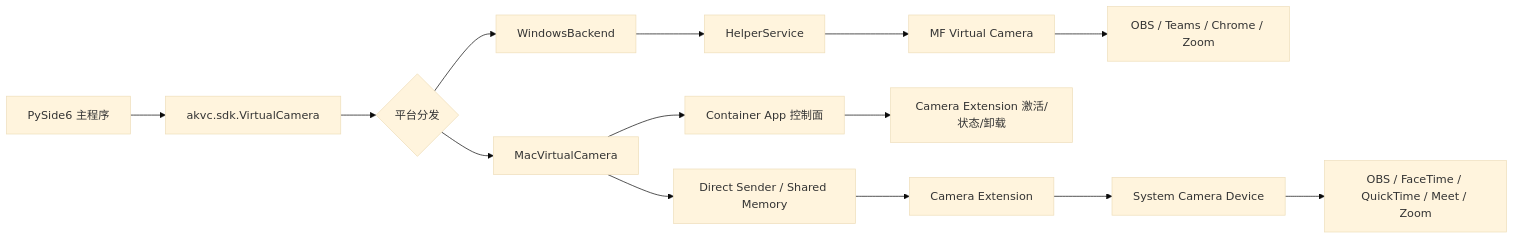
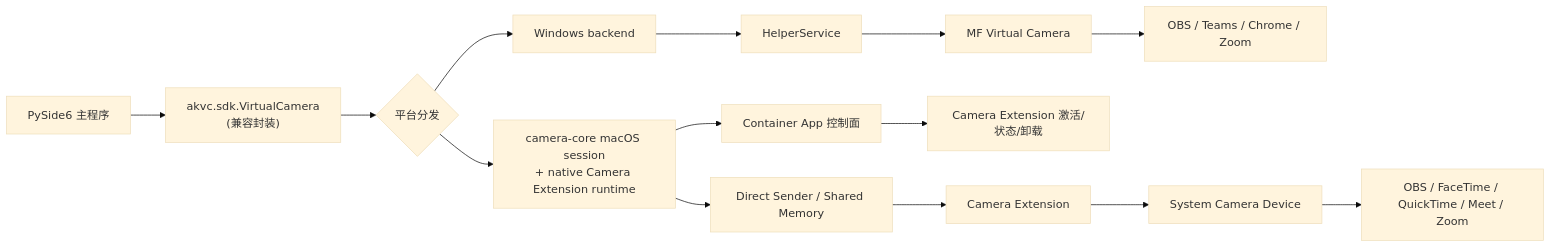
One commit to Henxun/virtual-camera changed the diagram in docs/architecture/cross_platform_app_integration.md. Above: the diagram before and after it, drawn with Mermaid (base theme). The commit also changed other lines of this file and 27 other files, not shown here.

First line of the commit message:
docs(macOS): align compatibility surfaces with native architecture

````diff
--- a/docs/architecture/cross_platform_app_integration.md
+++ b/docs/architecture/cross_platform_app_integration.md
@@ -37,19 +37,19 @@
 ```mermaid
 flowchart LR
-    A["PySide6 主程序"] --> B["akvc.sdk.VirtualCamera"]
+    A["PySide6 主程序"] --> B["akvc.sdk.VirtualCamera\n(兼容封装)"]
     B --> C{"平台分发"}
 
-    C --> D["WindowsBackend"]
-    C --> E["MacVirtualCamera"]
+    C --> D["Windows backend"]
+    C --> E["camera-core macOS session\n+ native Camera Extension runtime"]
 
     D --> D1["HelperService"]
     D1 --> D2["MF Virtual Camera"]
     D2 --> D3["OBS / Teams / Chrome / Zoom"]
 
     E --> E1["Container App 控制面"]
     E --> E2["Direct Sender / Shared Memory"]
     E1 --> E3["Camera Extension 激活/状态/卸载"]
     E2 --> E4["Camera Extension"]
     E4 --> E5["System Camera Device"]
     E5 --> E6["OBS / FaceTime / QuickTime / Meet / Zoom"]
 ```
````
